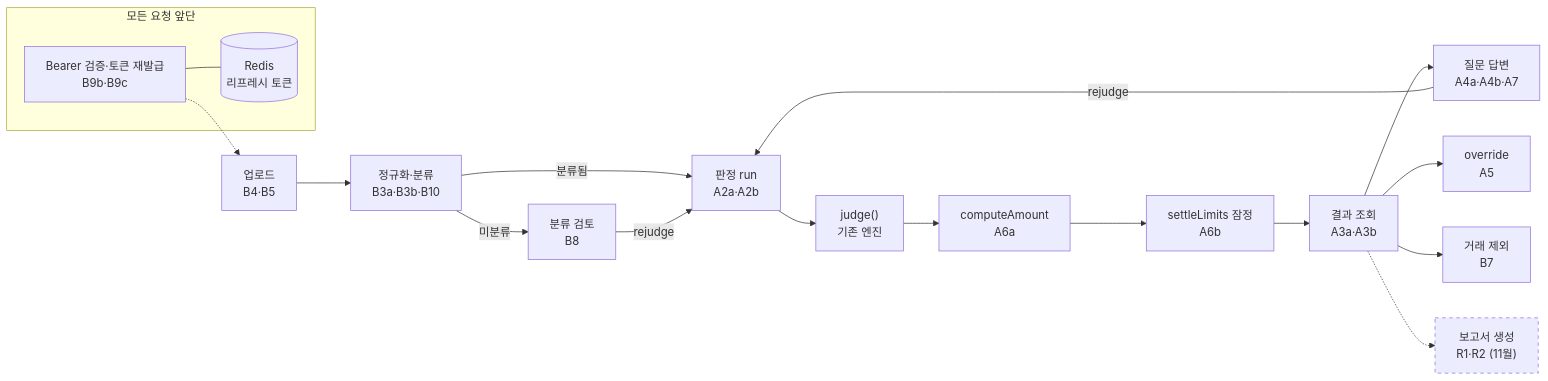
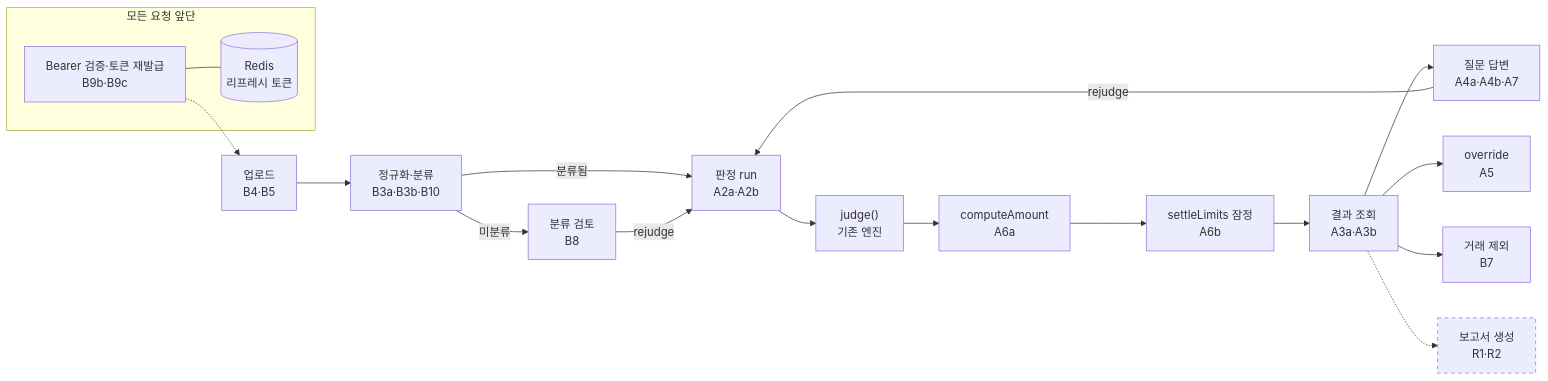
The third of 4 diagrams in docs/backend_api_plan.md (RainDrop3/ktc4-pusan-4), drawn with Mermaid before and after one commit. The commit also changed other lines of this file, not shown here.

````diff
--- a/docs/backend_api_plan.md
+++ b/docs/backend_api_plan.md
@@ -132,21 +136,21 @@
 ```mermaid
 flowchart LR
     U["업로드<br/>B4·B5"] --> N["정규화·분류<br/>B3a·B3b·B10"]
     N -->|미분류| CR["분류 검토<br/>B8"]
     N -->|분류됨| R["판정 run<br/>A2a·A2b"]
     CR -->|rejudge| R
     R --> J["judge()<br/>기존 엔진"]
     J --> C["computeAmount<br/>A6a"]
     C --> L["settleLimits 잠정<br/>A6b"]
     L --> Q["결과 조회<br/>A3a·A3b"]
     Q --> QA["질문 답변<br/>A4a·A4b·A7"]
     QA -->|rejudge| R
     Q --> O["override<br/>A5"]
     Q --> X["거래 제외<br/>B7"]
-    Q -.-> RP["보고서 생성<br/>R1·R2 (11월)"]
+    Q -.-> RP["보고서 생성<br/>R1·R2"]
     subgraph AUTH["모든 요청 앞단"]
         T["Bearer 검증·토큰 재발급<br/>B9b·B9c"] --- RD[("Redis<br/>리프레시 토큰")]
     end
     T -.-> U
     style RP stroke-dasharray: 5 5
 ```
````
